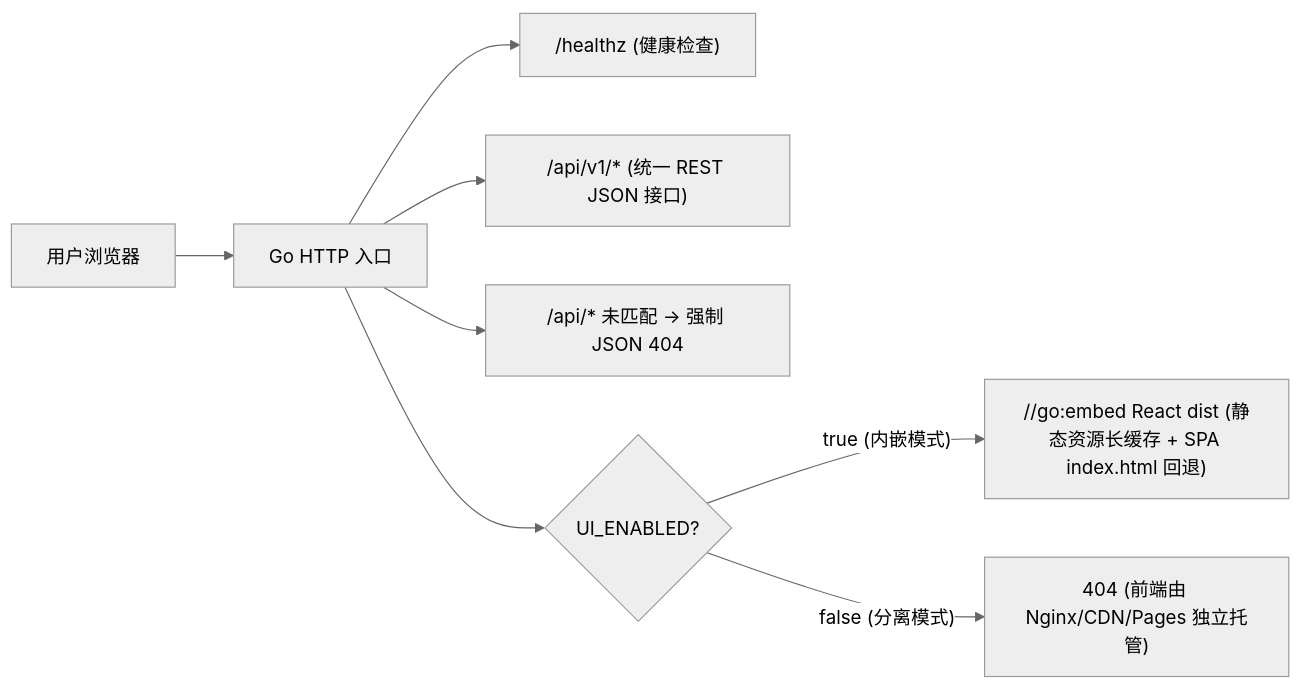
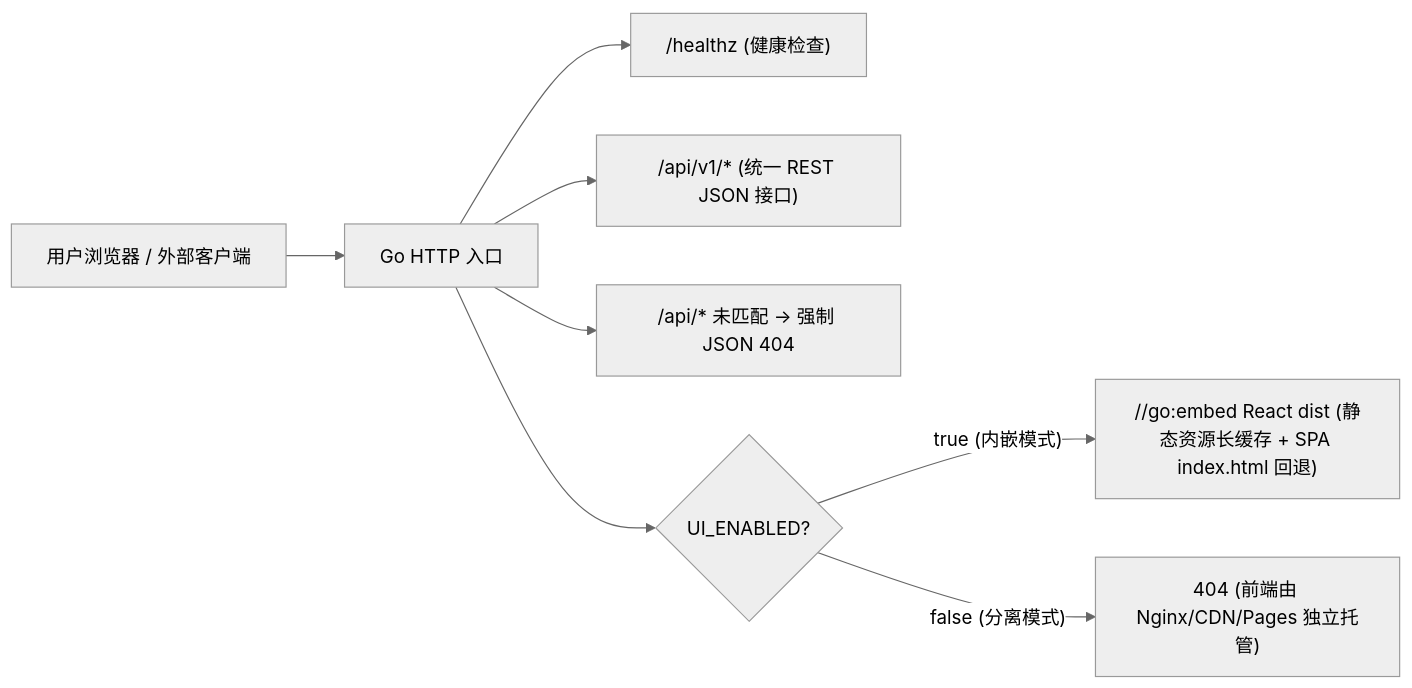
The second of 3 diagrams in docs/architecture.md (nhirsama/yukideck), drawn with Mermaid (neutral theme) before and after one commit. The commit also changed other lines of this file and 42 other files, not shown here.

````diff
--- a/docs/architecture.md
+++ b/docs/architecture.md
@@ -80,10 +81,10 @@
 ```mermaid
 flowchart LR
-    Client["用户浏览器"] --> Router["Go HTTP 入口"]
+    Client["用户浏览器 / 外部客户端"] --> Router["Go HTTP 入口"]
     Router --> Health["/healthz (健康检查)"]
     Router --> API["/api/v1/* (统一 REST JSON 接口)"]
     Router --> Api404["/api/* 未匹配 -> 强制 JSON 404"]
     Router --> Static{"UI_ENABLED?"}
     Static -- "true (内嵌模式)" --> EmbedFS["//go:embed React dist (静态资源长缓存 + SPA index.html 回退)"]
     Static -- "false (分离模式)" --> NotFound["404 (前端由 Nginx/CDN/Pages 独立托管)"]
 ```
````
